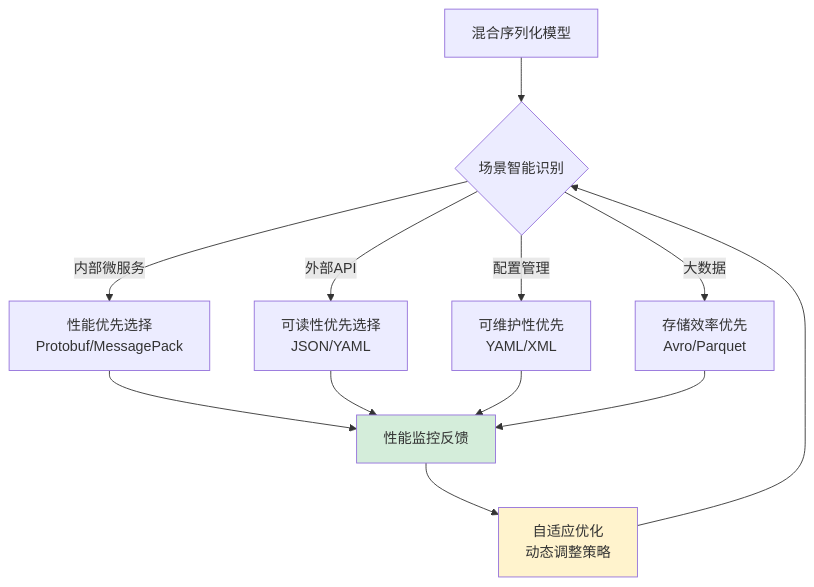
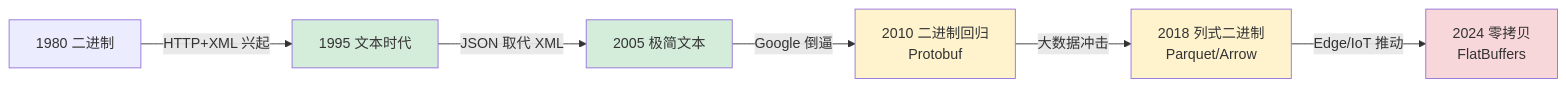
One commit to chongyang211/YCBookBlog changed the sixth of 24 diagrams in 00.通用技术的提升/02.程序编程原理/05.序列化数据的思想.md. Above: the diagram before and after it, drawn with Mermaid. The commit also changed other lines of this file and 6 other files, not shown here.

````diff
--- a/00.通用技术的提升/02.程序编程原理/05.序列化数据的思想.md
+++ b/00.通用技术的提升/02.程序编程原理/05.序列化数据的思想.md
@@ -729,19 +453,14 @@
 ```mermaid
-graph TB
-    A[混合序列化模型] --> B{场景智能识别}
-    B -->|内部微服务| C[性能优先选择<br/>Protobuf/MessagePack]
-    B -->|外部API| D[可读性优先选择<br/>JSON/YAML]
-    B -->|配置管理| E[可维护性优先<br/>YAML/XML]
-    B -->|大数据| F[存储效率优先<br/>Avro/Parquet]
-    
-    C --> G[性能监控反馈]
-    D --> G
-    E --> G
-    F --> G
-    
-    G --> H[自适应优化<br/>动态调整策略]
-    H --> B
-    
-    style G fill:#d4edda
-    style H fill:#fff3cd
+flowchart LR
+    A[1980 二进制] -->|HTTP+XML 兴起| B[1995 文本时代]
+    B -->|JSON 取代 XML| C[2005 极简文本]
+    C -->|Google 倒逼| D[2010 二进制回归<br/>Protobuf]
+    D -->|大数据冲击| E[2018 列式二进制<br/>Parquet/Arrow]
+    E -->|Edge/IoT 推动| F[2024 零拷贝<br/>FlatBuffers]
+
+    style B fill:#d4edda
+    style C fill:#d4edda
+    style D fill:#fff3cd
+    style E fill:#fff3cd
+    style F fill:#f8d7da
 ```
````
